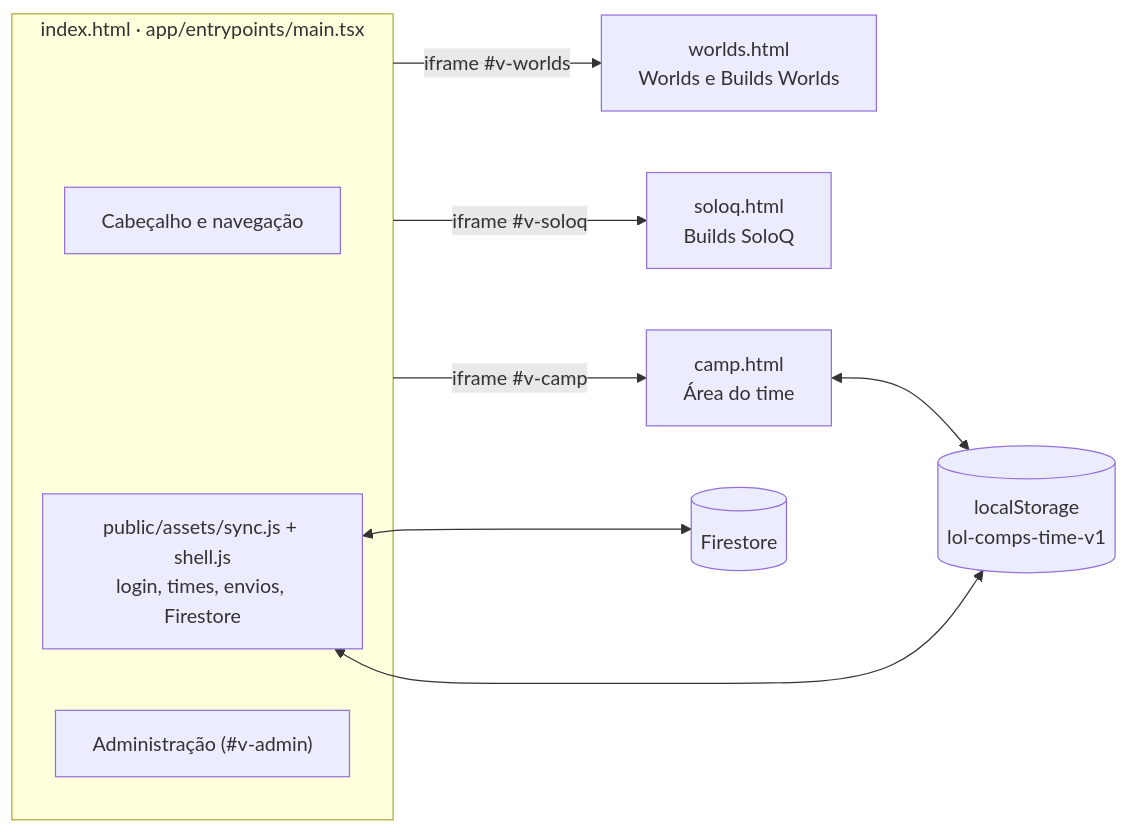
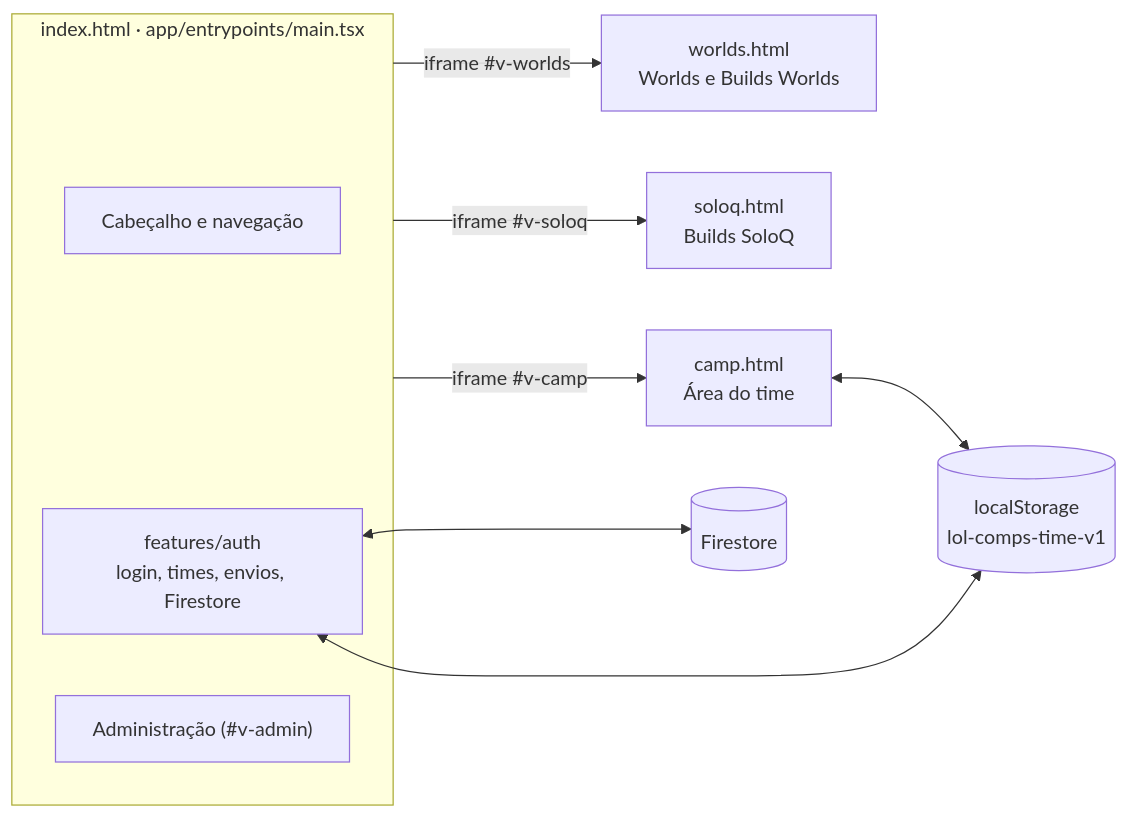
One commit to bsanoli/WebLol changed the diagram in docs/arquitetura.md. Above: the diagram before and after it, drawn with Mermaid. The commit also changed other lines of this file and 54 other files, not shown here.

First line of the commit message:
Onda 4: sync.js e shell.js viram features/auth em TypeScript

````diff
--- a/docs/arquitetura.md
+++ b/docs/arquitetura.md
@@ -7,14 +7,14 @@
 ```mermaid
 flowchart LR
   subgraph Shell["index.html · app/entrypoints/main.tsx"]
     Header["Cabeçalho e navegação"]
-    Legacy["public/assets/sync.js + shell.js<br/>login, times, envios, Firestore"]
+    Legacy["features/auth<br/>login, times, envios, Firestore"]
     Admin["Administração (#v-admin)"]
   end
   Shell -- "iframe #v-worlds" --> Worlds["worlds.html<br/>Worlds e Builds Worlds"]
   Shell -- "iframe #v-soloq" --> SoloQ["soloq.html<br/>Builds SoloQ"]
   Shell -- "iframe #v-camp" --> Team["camp.html<br/>Área do time"]
   Legacy <--> Firestore[("Firestore")]
   Legacy <--> Storage[("localStorage<br/>lol-comps-time-v1")]
   Team <--> Storage
 ```
````
